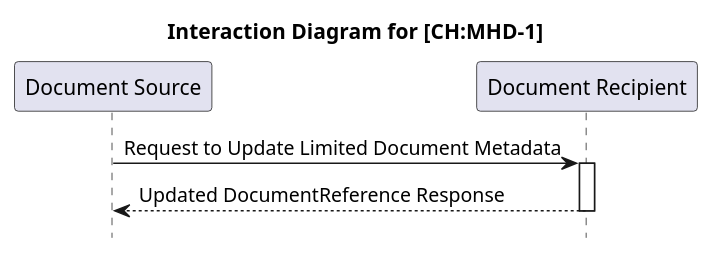
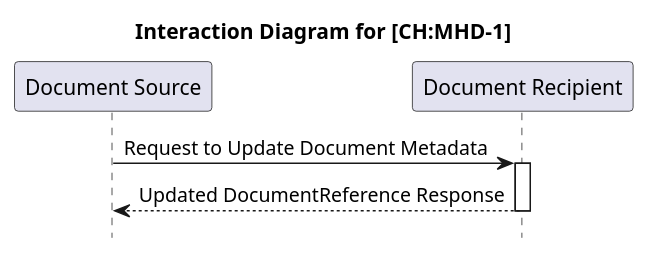
The diagram in input/images-source/MHD_ActorDiagram_CH-1.plantuml (ehealthsuisse/ch-epr-fhir), drawn with PlantUML before and after one commit. The commit also changed 11 other files, not shown here.

```diff
--- a/input/images-source/MHD_ActorDiagram_CH-1.plantuml
+++ b/input/images-source/MHD_ActorDiagram_CH-1.plantuml
@@ -1,14 +1,14 @@
 @startuml
 
 title Interaction Diagram for [CH:MHD-1]
 
 hide footbox
 autoactivate on
 
 participant "Document Source" as DocumentSource
 participant "Document Recipient" as DocumentRecipient
 
-"DocumentSource" -> "DocumentRecipient" : Request to Update Limited Document Metadata
+"DocumentSource" -> "DocumentRecipient" : Request to Update Document Metadata
 "DocumentRecipient" --> "DocumentSource" : Updated DocumentReference Response
 
 @enduml 
```
